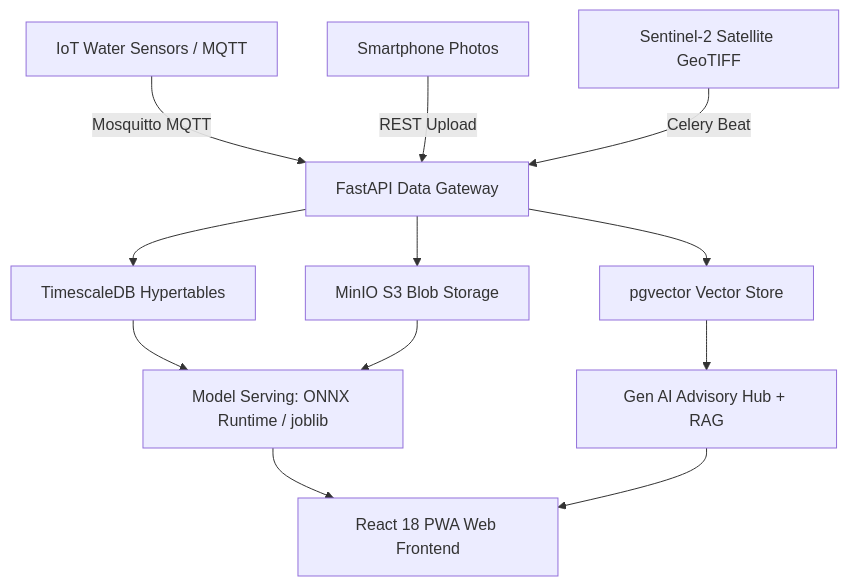
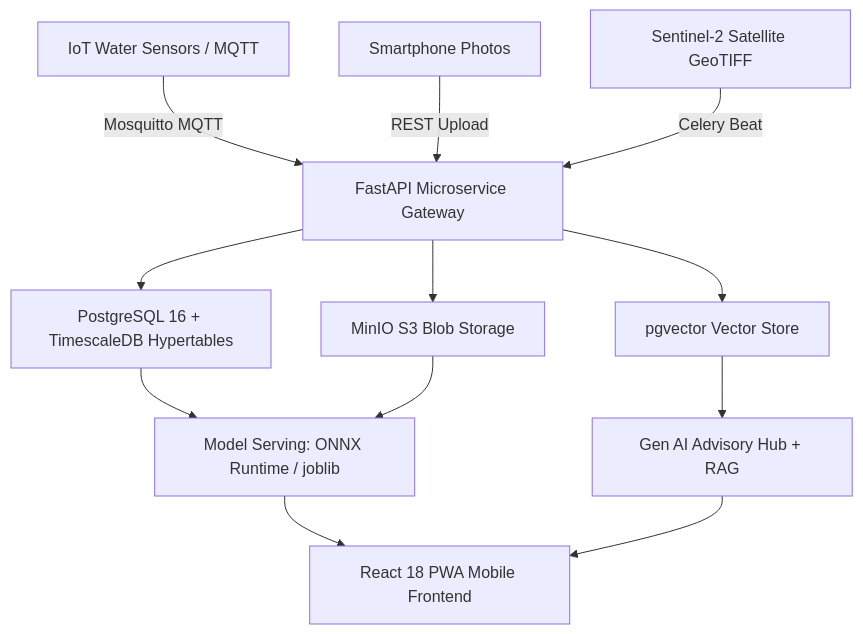
The diagram in README.md (dev-hari-haran/AQUA-INTELL), drawn with Mermaid before and after one commit. The commit also changed other lines of this file and 2 other files, not shown here.

````diff
--- a/README.md
+++ b/README.md
@@ -52,14 +99,14 @@
 ```mermaid
 graph TD
-    A[IoT Water Sensors / MQTT] -->|Mosquitto MQTT| B[FastAPI Data Gateway]
+    A[IoT Water Sensors / MQTT] -->|Mosquitto MQTT| B[FastAPI Microservice Gateway]
     C[Smartphone Photos] -->|REST Upload| B
     D[Sentinel-2 Satellite GeoTIFF] -->|Celery Beat| B
-    B --> E[TimescaleDB Hypertables]
+    B --> E[PostgreSQL 16 + TimescaleDB Hypertables]
     B --> F[MinIO S3 Blob Storage]
     B --> G[pgvector Vector Store]
     E --> H[Model Serving: ONNX Runtime / joblib]
     F --> H
     G --> I[Gen AI Advisory Hub + RAG]
-    H --> J[React 18 PWA Web Frontend]
+    H --> J[React 18 PWA Mobile Frontend]
     I --> J
 ```
````
